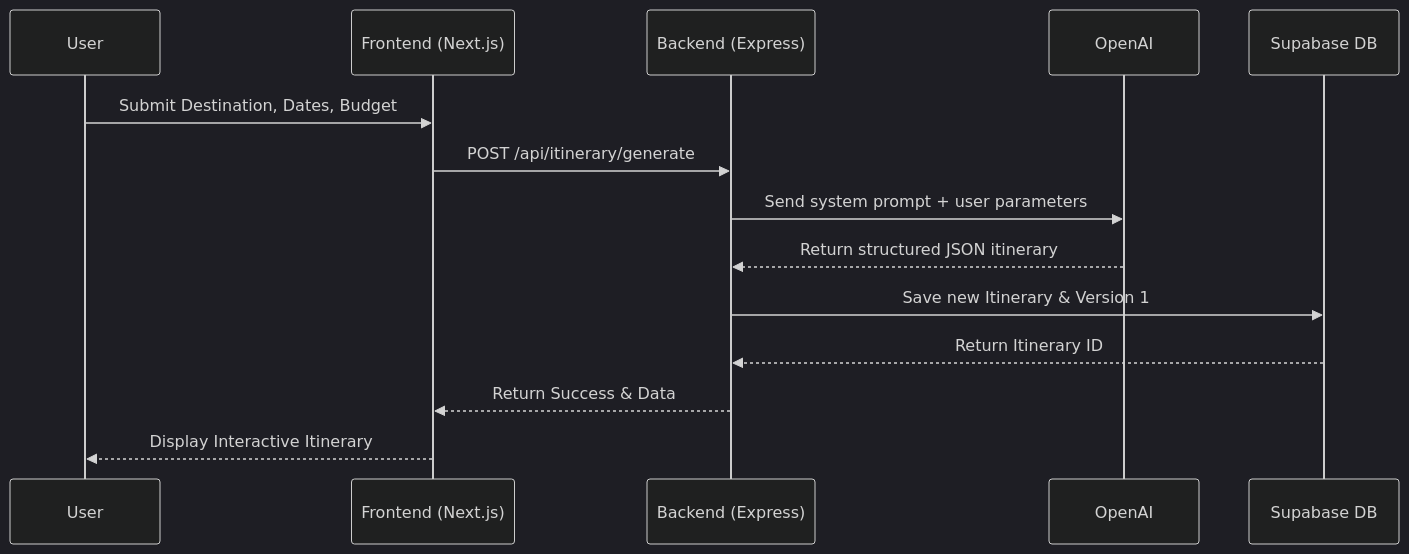
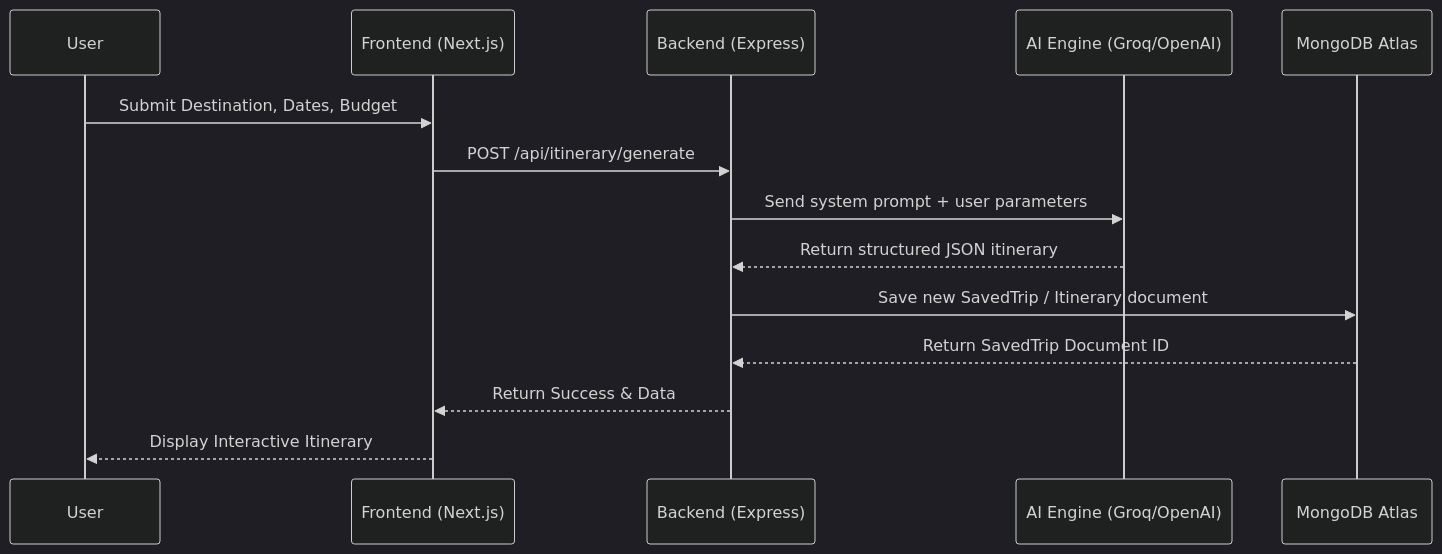
Before and after one commit to Jiyathakurrr/TravelGenie: the third of 4 diagrams in ARCHITECTURE.md, drawn with Mermaid (dark theme). The commit also changed other lines of this file and 13 other files, not shown here.

Commit message:
docs: update system architecture & schema documentation for MongoDB Atlas + Cloudinary setup

````diff
--- a/ARCHITECTURE.md
+++ b/ARCHITECTURE.md
@@ -39,17 +60,17 @@
 ```mermaid
 sequenceDiagram
     participant User
     participant NextJS as Frontend (Next.js)
     participant Express as Backend (Express)
-    participant OpenAI
-    participant DB as Supabase DB
+    participant AI as AI Engine (Groq/OpenAI)
+    participant DB as MongoDB Atlas
 
     User->>NextJS: Submit Destination, Dates, Budget
     NextJS->>Express: POST /api/itinerary/generate
-    Express->>OpenAI: Send system prompt + user parameters
-    OpenAI-->>Express: Return structured JSON itinerary
-    Express->>DB: Save new Itinerary & Version 1
-    DB-->>Express: Return Itinerary ID
+    Express->>AI: Send system prompt + user parameters
+    AI-->>Express: Return structured JSON itinerary
+    Express->>DB: Save new SavedTrip / Itinerary document
+    DB-->>Express: Return SavedTrip Document ID
     Express-->>NextJS: Return Success & Data
     NextJS-->>User: Display Interactive Itinerary
 ```
````
